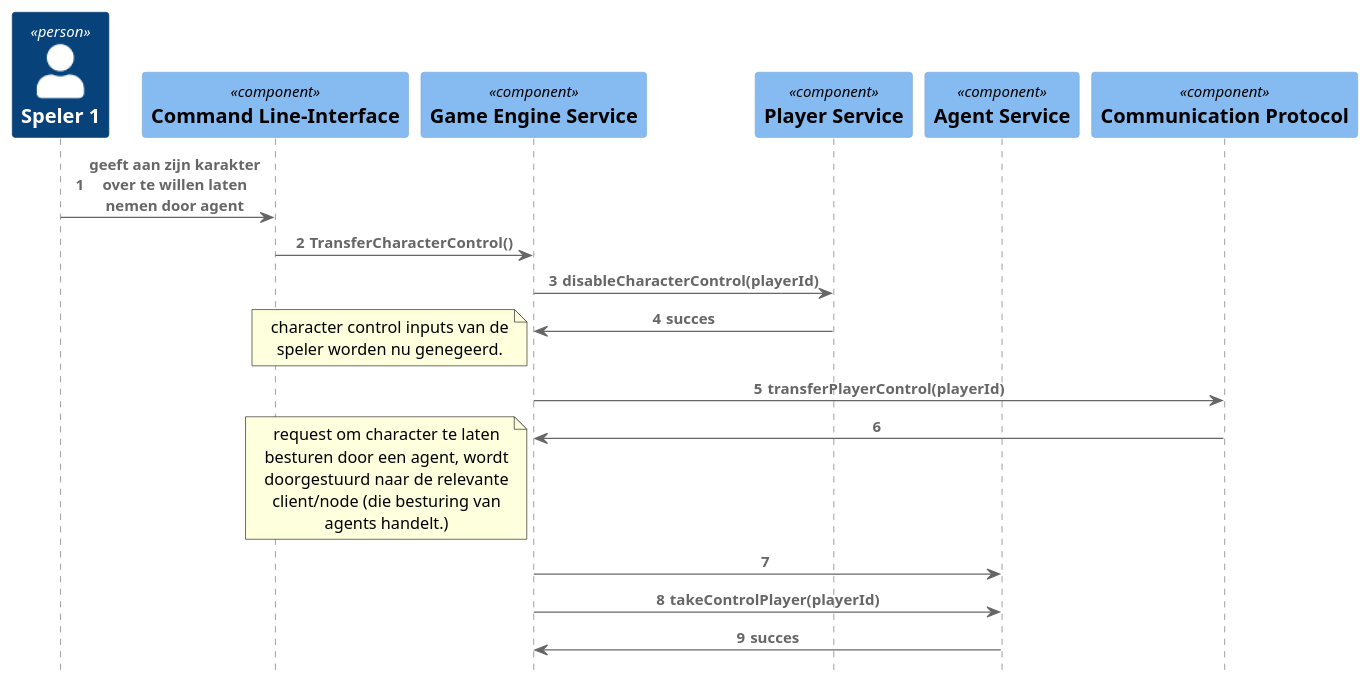
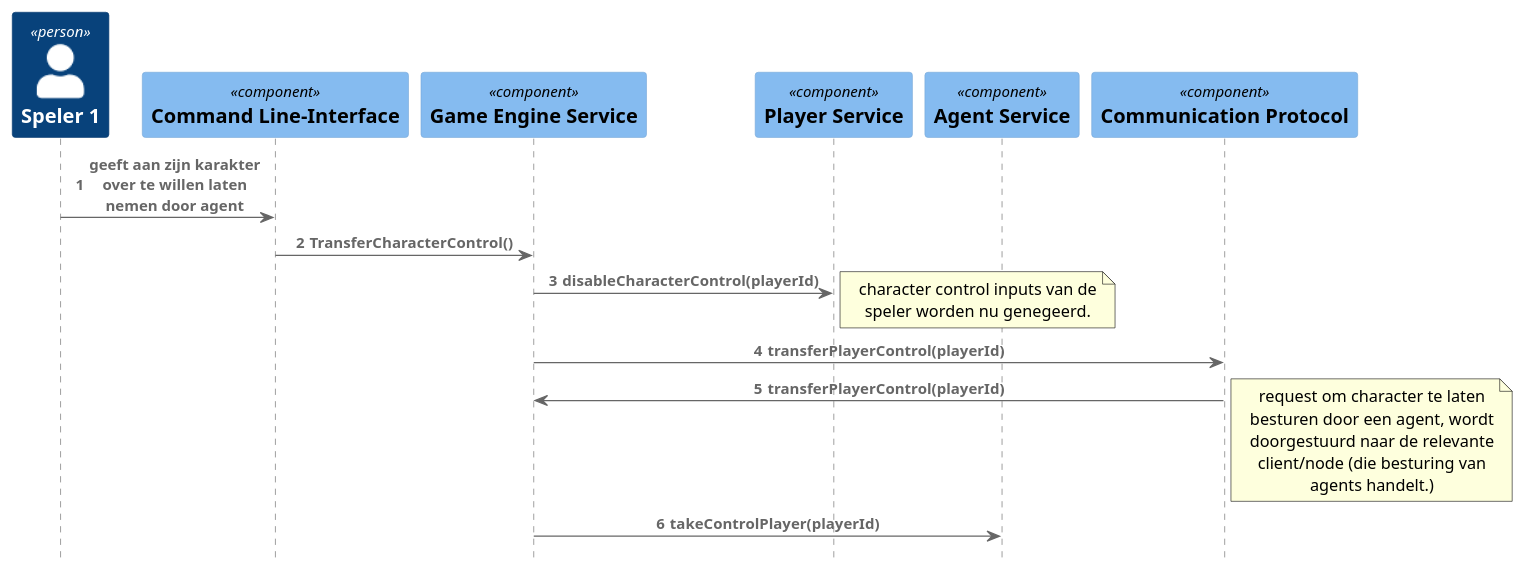
Before and after one commit to DaanBannaan/SAD-sequentie: the diagram in agentOverLatenNemen.puml, drawn with PlantUML. The commit also changed 1 other file, not shown here.

```diff
--- a/agentOverLatenNemen.puml
+++ b/agentOverLatenNemen.puml
@@ -3,34 +3,30 @@
 @startuml
 
 !include https://raw.githubusercontent.com/plantuml-stdlib/C4-PlantUML/master/C4_Sequence.puml
 autonumber
 
 
 Person(speler, "Speler 1")
 Component(cli, "Command Line-Interface")
 Component(engine, "Game Engine Service")
 
 Rel(speler, cli, geeft aan zijn karakter over te willen laten nemen door agent)
 Rel(cli, engine, TransferCharacterControl())
 
 Component(player, "Player Service")
 Component(agent, "Agent Service")
 
 Rel(engine, player, disableCharacterControl(playerId))
-Rel(player, engine, succes)
 
-note left: character control inputs van de speler worden nu genegeerd.
+note right: character control inputs van de speler worden nu genegeerd.
 
 Component(comms, "Communication Protocol")
 Rel(engine, comms, transferPlayerControl(playerId))
-Rel(comms, engine, )
-note left: request om character te laten besturen door een agent, wordt doorgestuurd naar de relevante client/node (die besturing van agents handelt.)
-Rel(engine, agent, )
-
+Rel(comms, engine, transferPlayerControl(playerId))
+note right: request om character te laten besturen door een agent, wordt doorgestuurd naar de relevante client/node (die besturing van agents handelt.)
 
 Rel(engine, agent, takeControlPlayer(playerId))
-Rel(agent, engine, succes)
 
 
 
 @enduml
```
